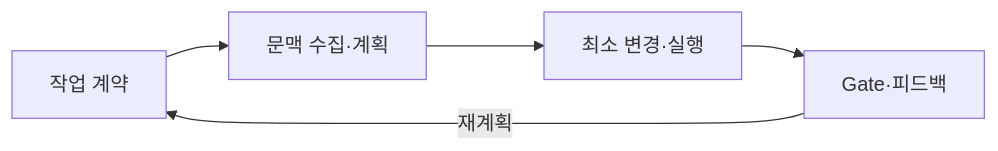
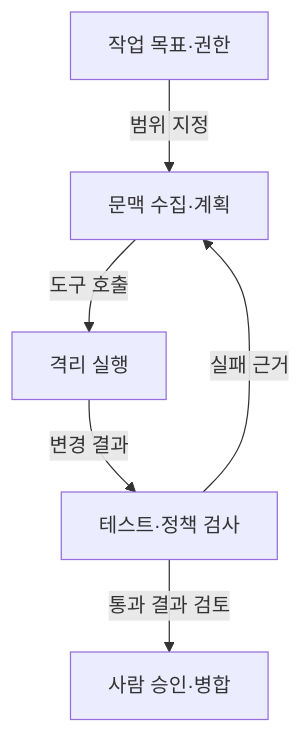
Before and after one commit to agnusdei1207/study: the first of 2 diagrams in src/content/docs/notes/itpe/02-software-engineering/046_ai_native_dev_platform.md, drawn with Mermaid. The commit also changed other lines of this file and 31 other files, not shown here.

Commit message:
docs(itpe): correct software engineering architecture and test notes

````diff
--- a/src/content/docs/notes/itpe/02-software-engineering/046_ai_native_dev_platform.md
+++ b/src/content/docs/notes/itpe/02-software-engineering/046_ai_native_dev_platform.md
@@ -50,7 +56,8 @@
 ```mermaid
-flowchart LR
-    A["작업 계약"] --> B["문맥 수집·계획"]
-    B --> C["최소 변경·실행"]
-    C --> D["Gate·피드백"]
-    D -->|"재계획"| A
+flowchart TD
+    A["작업 목표·권한"] -->|"범위 지정"| B["문맥 수집·계획"]
+    B -->|"도구 호출"| C["격리 실행"]
+    C -->|"변경 결과"| D["테스트·정책 검사"]
+    D -->|"통과 결과 검토"| E["사람 승인·병합"]
+    D -->|"실패 근거"| B
 ```
````
